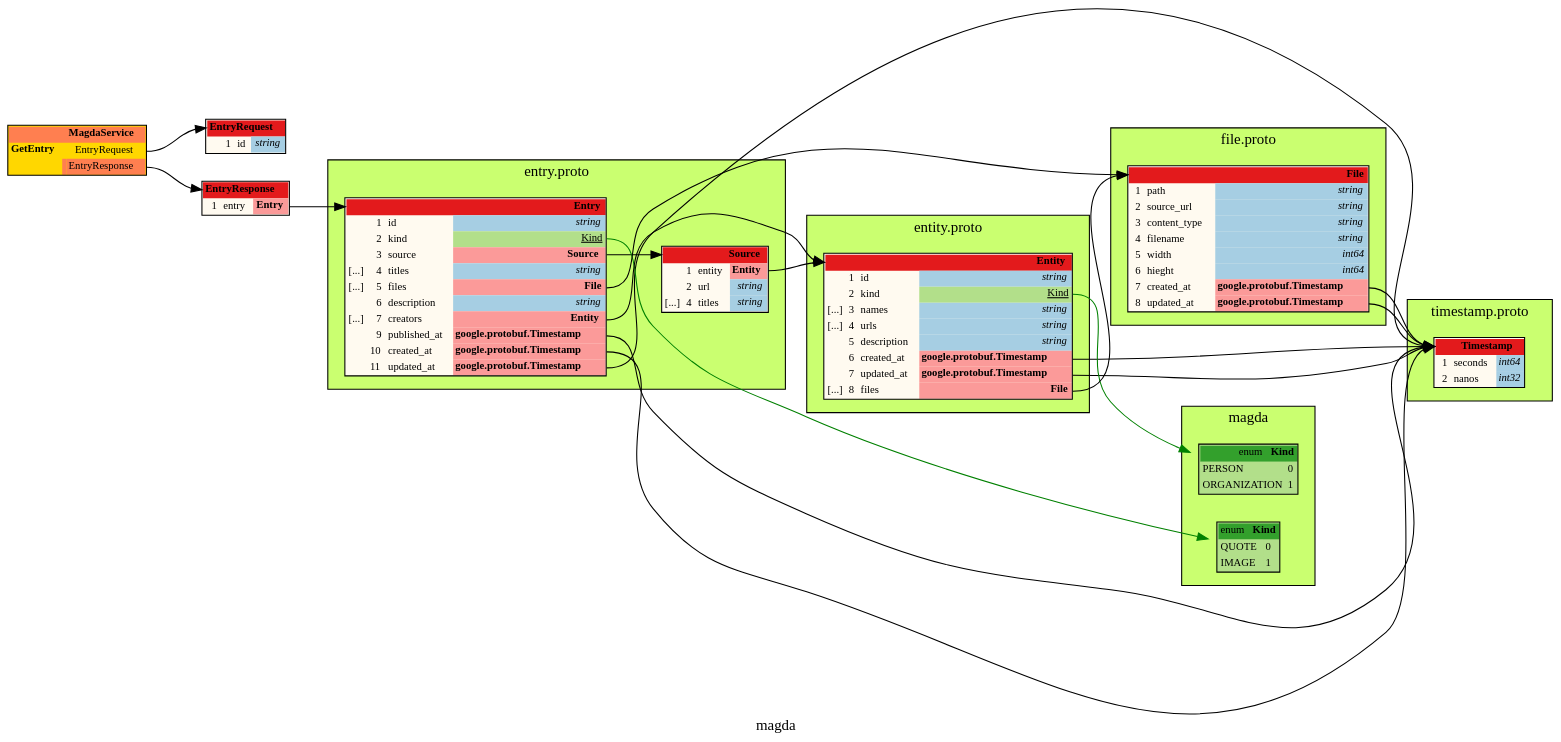
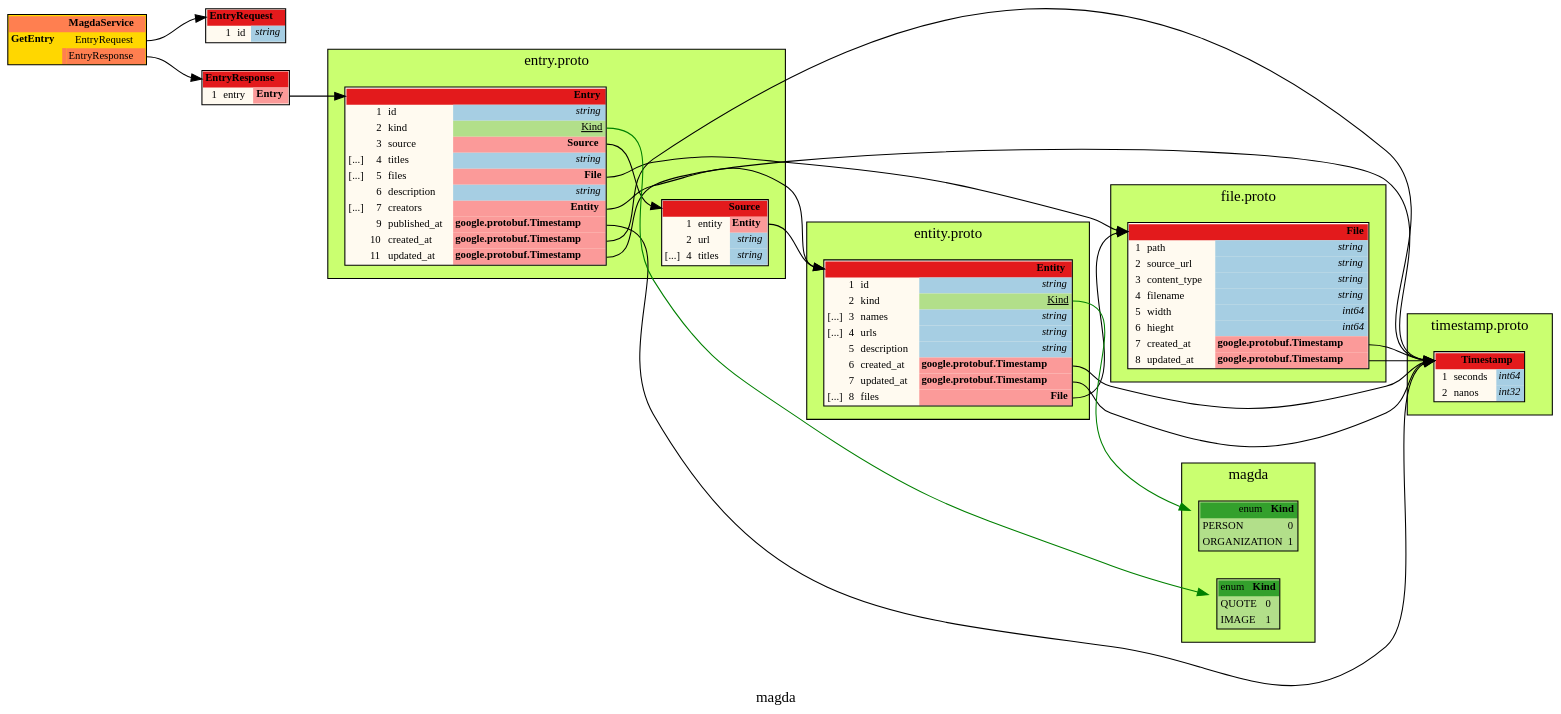
One commit to voidfiles/magda changed the diagram in output/magda.dot. Above: the diagram before and after it, drawn with Graphviz. The commit also changed 4 other files, not shown here.

```diff
--- a/output/magda.dot
+++ b/output/magda.dot
@@ -31,6 +31,21 @@
 		Node_Ja_105	[shape=plaintext tooltip="magda.Entry" label=<<TABLE BORDER="1" CELLBORDER="0" CELLSPACING="0" BGCOLOR="#fffaf0"><TR><TD COLSPAN="4" PORT="header" BGCOLOR="#e31a1c" ALIGN="right"><b>Entry</b></TD></TR><TR><TD ALIGN="right"></TD><TD ALIGN="right">1</TD><TD ALIGN="left">id</TD><TD BGCOLOR="#a6cee3" PORT="poid" ALIGN="right" TITLE="string"><i>string</i></TD></TR><TR><TD ALIGN="right"></TD><TD ALIGN="right">2</TD><TD ALIGN="left">kind</TD><TD BGCOLOR="#b2df8a" PORT="pokind" ALIGN="right"><u>Kind</u></TD></TR><TR><TD ALIGN="right"></TD><TD ALIGN="right">3</TD><TD ALIGN="left">source</TD><TD BGCOLOR="#fb9a99" PORT="posource" ALIGN="right"><b>Source</b></TD></TR><TR><TD ALIGN="right">[...]</TD><TD ALIGN="right">4</TD><TD ALIGN="left">titles</TD><TD BGCOLOR="#a6cee3" PORT="potitles" ALIGN="right" TITLE="string"><i>string</i></TD></TR><TR><TD ALIGN="right">[...]</TD><TD ALIGN="right">5</TD><TD ALIGN="left">files</TD><TD BGCOLOR="#fb9a99" PORT="pofiles" ALIGN="right"><b>File</b></TD></TR><TR><TD ALIGN="right"></TD><TD ALIGN="right">6</TD><TD ALIGN="left">description</TD><TD BGCOLOR="#a6cee3" PORT="podescription" ALIGN="right" TITLE="string"><i>string</i></TD></TR><TR><TD ALIGN="right">[...]</TD><TD ALIGN="right">7</TD><TD ALIGN="left">creators</TD><TD BGCOLOR="#fb9a99" PORT="pocreators" ALIGN="right"><b>Entity</b></TD></TR><TR><TD ALIGN="right"></TD><TD ALIGN="right">9</TD><TD ALIGN="left">published_at</TD><TD BGCOLOR="#fb9a99" PORT="popublished_at" ALIGN="right"><b>google.protobuf.Timestamp</b></TD></TR><TR><TD ALIGN="right"></TD><TD ALIGN="right">10</TD><TD ALIGN="left">created_at</TD><TD BGCOLOR="#fb9a99" PORT="pocreated_at" ALIGN="right"><b>google.protobuf.Timestamp</b></TD></TR><TR><TD ALIGN="right"></TD><TD ALIGN="right">11</TD><TD ALIGN="left">updated_at</TD><TD BGCOLOR="#fb9a99" PORT="poupdated_at" ALIGN="right"><b>google.protobuf.Timestamp</b></TD></TR></TABLE>>];
 	}
 
+	subgraph cluster_8b180d234311 {
+		label = "file.proto"
+		tooltip = "file.proto"
+		style = filled;
+		fillcolor = "#caff70";
+		
+		Node_Ja_101	[shape=plaintext tooltip="magda.File" label=<<TABLE BORDER="1" CELLBORDER="0" CELLSPACING="0" BGCOLOR="#fffaf0"><TR><TD COLSPAN="4" PORT="header" BGCOLOR="#e31a1c" ALIGN="right"><b>File</b></TD></TR><TR><TD ALIGN="right"></TD><TD ALIGN="right">1</TD><TD ALIGN="left">path</TD><TD BGCOLOR="#a6cee3" PORT="popath" ALIGN="right" TITLE="string"><i>string</i></TD></TR><TR><TD ALIGN="right"></TD><TD ALIGN="right">2</TD><TD ALIGN="left">source_url</TD><TD BGCOLOR="#a6cee3" PORT="posource_url" ALIGN="right" TITLE="string"><i>string</i></TD></TR><TR><TD ALIGN="right"></TD><TD ALIGN="right">3</TD><TD ALIGN="left">content_type</TD><TD BGCOLOR="#a6cee3" PORT="pocontent_type" ALIGN="right" TITLE="string"><i>string</i></TD></TR><TR><TD ALIGN="right"></TD><TD ALIGN="right">4</TD><TD ALIGN="left">filename</TD><TD BGCOLOR="#a6cee3" PORT="pofilename" ALIGN="right" TITLE="string"><i>string</i></TD></TR><TR><TD ALIGN="right"></TD><TD ALIGN="right">5</TD><TD ALIGN="left">width</TD><TD BGCOLOR="#a6cee3" PORT="powidth" ALIGN="right" TITLE="int64"><i>int64</i></TD></TR><TR><TD ALIGN="right"></TD><TD ALIGN="right">6</TD><TD ALIGN="left">hieght</TD><TD BGCOLOR="#a6cee3" PORT="pohieght" ALIGN="right" TITLE="int64"><i>int64</i></TD></TR><TR><TD ALIGN="right"></TD><TD ALIGN="right">7</TD><TD ALIGN="left">created_at</TD><TD BGCOLOR="#fb9a99" PORT="pocreated_at" ALIGN="right"><b>google.protobuf.Timestamp</b></TD></TR><TR><TD ALIGN="right"></TD><TD ALIGN="right">8</TD><TD ALIGN="left">updated_at</TD><TD BGCOLOR="#fb9a99" PORT="poupdated_at" ALIGN="right"><b>google.protobuf.Timestamp</b></TD></TR></TABLE>>];
+	}
+
+
+	/* ------ leaving the root package unwrapped ------ */
+	Node_Ja_110	[shape=plaintext tooltip="magda.EntryResponse" label=<<TABLE BORDER="1" CELLBORDER="0" CELLSPACING="0" BGCOLOR="#fffaf0"><TR><TD COLSPAN="4" PORT="header" BGCOLOR="#e31a1c" ALIGN="right"><b>EntryResponse</b></TD></TR><TR><TD ALIGN="right"></TD><TD ALIGN="right">1</TD><TD ALIGN="left">entry</TD><TD BGCOLOR="#fb9a99" PORT="poentry" ALIGN="right"><b>Entry</b></TD></TR></TABLE>>];
+	
+	Node_Ja_107	[shape=plaintext tooltip="MagdaService" label=<<TABLE BORDER="1" CELLBORDER="0" CELLSPACING="0" BGCOLOR="#ffd700"><TR><TD COLSPAN="3" PORT="header" BGCOLOR="#ff7f50" ALIGN="right"><b>MagdaService</b></TD></TR><TR><TD ALIGN="left"><b>GetEntry</b></TD><TD></TD><TD PORT="poGetEntry_request" ALIGN="right">EntryRequest</TD></TR><TR style="border-bottom: 1px solid red"><TD></TD><TD BGCOLOR="#ff7f50"></TD><TD PORT="poGetEntry_response" ALIGN="right" BGCOLOR="#ff7f50">EntryResponse</TD></TR></TABLE>>];
+	Node_Ja_109	[shape=plaintext tooltip="magda.EntryRequest" label=<<TABLE BORDER="1" CELLBORDER="0" CELLSPACING="0" BGCOLOR="#fffaf0"><TR><TD COLSPAN="4" PORT="header" BGCOLOR="#e31a1c" ALIGN="right"><b>EntryRequest</b></TD></TR><TR><TD ALIGN="right"></TD><TD ALIGN="right">1</TD><TD ALIGN="left">id</TD><TD BGCOLOR="#a6cee3" PORT="poid" ALIGN="right" TITLE="string"><i>string</i></TD></TR></TABLE>>];
 	subgraph cluster_5627932c6abb {
 		label = "timestamp.proto"
 		tooltip = "timestamp.proto"
@@ -38,6 +53,15 @@
 		fillcolor = "#caff70";
 		
 		Node_Ja_100	[shape=plaintext tooltip="google.protobuf.Timestamp" label=<<TABLE BORDER="1" CELLBORDER="0" CELLSPACING="0" BGCOLOR="#fffaf0"><TR><TD COLSPAN="4" PORT="header" BGCOLOR="#e31a1c" ALIGN="right"><b>Timestamp</b></TD></TR><TR><TD ALIGN="right"></TD><TD ALIGN="right">1</TD><TD ALIGN="left">seconds</TD><TD BGCOLOR="#a6cee3" PORT="poseconds" ALIGN="right" TITLE="int64"><i>int64</i></TD></TR><TR><TD ALIGN="right"></TD><TD ALIGN="right">2</TD><TD ALIGN="left">nanos</TD><TD BGCOLOR="#a6cee3" PORT="ponanos" ALIGN="right" TITLE="int32"><i>int32</i></TD></TR></TABLE>>];
+	}
+
+	subgraph cluster_f56b993e78fb {
+		label = "entity.proto"
+		tooltip = "entity.proto"
+		style = filled;
+		fillcolor = "#caff70";
+		
+		Node_Ja_102	[shape=plaintext tooltip="magda.Entity" label=<<TABLE BORDER="1" CELLBORDER="0" CELLSPACING="0" BGCOLOR="#fffaf0"><TR><TD COLSPAN="4" PORT="header" BGCOLOR="#e31a1c" ALIGN="right"><b>Entity</b></TD></TR><TR><TD ALIGN="right"></TD><TD ALIGN="right">1</TD><TD ALIGN="left">id</TD><TD BGCOLOR="#a6cee3" PORT="poid" ALIGN="right" TITLE="string"><i>string</i></TD></TR><TR><TD ALIGN="right"></TD><TD ALIGN="right">2</TD><TD ALIGN="left">kind</TD><TD BGCOLOR="#b2df8a" PORT="pokind" ALIGN="right"><u>Kind</u></TD></TR><TR><TD ALIGN="right">[...]</TD><TD ALIGN="right">3</TD><TD ALIGN="left">names</TD><TD BGCOLOR="#a6cee3" PORT="ponames" ALIGN="right" TITLE="string"><i>string</i></TD></TR><TR><TD ALIGN="right">[...]</TD><TD ALIGN="right">4</TD><TD ALIGN="left">urls</TD><TD BGCOLOR="#a6cee3" PORT="pourls" ALIGN="right" TITLE="string"><i>string</i></TD></TR><TR><TD ALIGN="right"></TD><TD ALIGN="right">5</TD><TD ALIGN="left">description</TD><TD BGCOLOR="#a6cee3" PORT="podescription" ALIGN="right" TITLE="string"><i>string</i></TD></TR><TR><TD ALIGN="right"></TD><TD ALIGN="right">6</TD><TD ALIGN="left">created_at</TD><TD BGCOLOR="#fb9a99" PORT="pocreated_at" ALIGN="right"><b>google.protobuf.Timestamp</b></TD></TR><TR><TD ALIGN="right"></TD><TD ALIGN="right">7</TD><TD ALIGN="left">updated_at</TD><TD BGCOLOR="#fb9a99" PORT="poupdated_at" ALIGN="right"><b>google.protobuf.Timestamp</b></TD></TR><TR><TD ALIGN="right">[...]</TD><TD ALIGN="right">8</TD><TD ALIGN="left">files</TD><TD BGCOLOR="#fb9a99" PORT="pofiles" ALIGN="right"><b>File</b></TD></TR></TABLE>>];
 	}
 
 	subgraph cluster_9d1e3c2635ff {
@@ -51,48 +75,24 @@
 	}
 
 
-	/* ------ leaving the root package unwrapped ------ */
-	Node_Ja_110	[shape=plaintext tooltip="magda.EntryResponse" label=<<TABLE BORDER="1" CELLBORDER="0" CELLSPACING="0" BGCOLOR="#fffaf0"><TR><TD COLSPAN="4" PORT="header" BGCOLOR="#e31a1c" ALIGN="right"><b>EntryResponse</b></TD></TR><TR><TD ALIGN="right"></TD><TD ALIGN="right">1</TD><TD ALIGN="left">entry</TD><TD BGCOLOR="#fb9a99" PORT="poentry" ALIGN="right"><b>Entry</b></TD></TR></TABLE>>];
-	
-	Node_Ja_109	[shape=plaintext tooltip="magda.EntryRequest" label=<<TABLE BORDER="1" CELLBORDER="0" CELLSPACING="0" BGCOLOR="#fffaf0"><TR><TD COLSPAN="4" PORT="header" BGCOLOR="#e31a1c" ALIGN="right"><b>EntryRequest</b></TD></TR><TR><TD ALIGN="right"></TD><TD ALIGN="right">1</TD><TD ALIGN="left">id</TD><TD BGCOLOR="#a6cee3" PORT="poid" ALIGN="right" TITLE="string"><i>string</i></TD></TR></TABLE>>];
-	Node_Ja_107	[shape=plaintext tooltip="MagdaService" label=<<TABLE BORDER="1" CELLBORDER="0" CELLSPACING="0" BGCOLOR="#ffd700"><TR><TD COLSPAN="3" PORT="header" BGCOLOR="#ff7f50" ALIGN="right"><b>MagdaService</b></TD></TR><TR><TD ALIGN="left"><b>GetEntry</b></TD><TD></TD><TD PORT="poGetEntry_request" ALIGN="right">EntryRequest</TD></TR><TR style="border-bottom: 1px solid red"><TD></TD><TD BGCOLOR="#ff7f50"></TD><TD PORT="poGetEntry_response" ALIGN="right" BGCOLOR="#ff7f50">EntryResponse</TD></TR></TABLE>>];
-	subgraph cluster_8b180d234311 {
-		label = "file.proto"
-		tooltip = "file.proto"
-		style = filled;
-		fillcolor = "#caff70";
-		
-		Node_Ja_101	[shape=plaintext tooltip="magda.File" label=<<TABLE BORDER="1" CELLBORDER="0" CELLSPACING="0" BGCOLOR="#fffaf0"><TR><TD COLSPAN="4" PORT="header" BGCOLOR="#e31a1c" ALIGN="right"><b>File</b></TD></TR><TR><TD ALIGN="right"></TD><TD ALIGN="right">1</TD><TD ALIGN="left">path</TD><TD BGCOLOR="#a6cee3" PORT="popath" ALIGN="right" TITLE="string"><i>string</i></TD></TR><TR><TD ALIGN="right"></TD><TD ALIGN="right">2</TD><TD ALIGN="left">source_url</TD><TD BGCOLOR="#a6cee3" PORT="posource_url" ALIGN="right" TITLE="string"><i>string</i></TD></TR><TR><TD ALIGN="right"></TD><TD ALIGN="right">3</TD><TD ALIGN="left">content_type</TD><TD BGCOLOR="#a6cee3" PORT="pocontent_type" ALIGN="right" TITLE="string"><i>string</i></TD></TR><TR><TD ALIGN="right"></TD><TD ALIGN="right">4</TD><TD ALIGN="left">filename</TD><TD BGCOLOR="#a6cee3" PORT="pofilename" ALIGN="right" TITLE="string"><i>string</i></TD></TR><TR><TD ALIGN="right"></TD><TD ALIGN="right">5</TD><TD ALIGN="left">width</TD><TD BGCOLOR="#a6cee3" PORT="powidth" ALIGN="right" TITLE="int64"><i>int64</i></TD></TR><TR><TD ALIGN="right"></TD><TD ALIGN="right">6</TD><TD ALIGN="left">hieght</TD><TD BGCOLOR="#a6cee3" PORT="pohieght" ALIGN="right" TITLE="int64"><i>int64</i></TD></TR><TR><TD ALIGN="right"></TD><TD ALIGN="right">7</TD><TD ALIGN="left">created_at</TD><TD BGCOLOR="#fb9a99" PORT="pocreated_at" ALIGN="right"><b>google.protobuf.Timestamp</b></TD></TR><TR><TD ALIGN="right"></TD><TD ALIGN="right">8</TD><TD ALIGN="left">updated_at</TD><TD BGCOLOR="#fb9a99" PORT="poupdated_at" ALIGN="right"><b>google.protobuf.Timestamp</b></TD></TR></TABLE>>];
-	}
-
-	subgraph cluster_f56b993e78fb {
-		label = "entity.proto"
-		tooltip = "entity.proto"
-		style = filled;
-		fillcolor = "#caff70";
-		
-		Node_Ja_102	[shape=plaintext tooltip="magda.Entity" label=<<TABLE BORDER="1" CELLBORDER="0" CELLSPACING="0" BGCOLOR="#fffaf0"><TR><TD COLSPAN="4" PORT="header" BGCOLOR="#e31a1c" ALIGN="right"><b>Entity</b></TD></TR><TR><TD ALIGN="right"></TD><TD ALIGN="right">1</TD><TD ALIGN="left">id</TD><TD BGCOLOR="#a6cee3" PORT="poid" ALIGN="right" TITLE="string"><i>string</i></TD></TR><TR><TD ALIGN="right"></TD><TD ALIGN="right">2</TD><TD ALIGN="left">kind</TD><TD BGCOLOR="#b2df8a" PORT="pokind" ALIGN="right"><u>Kind</u></TD></TR><TR><TD ALIGN="right">[...]</TD><TD ALIGN="right">3</TD><TD ALIGN="left">names</TD><TD BGCOLOR="#a6cee3" PORT="ponames" ALIGN="right" TITLE="string"><i>string</i></TD></TR><TR><TD ALIGN="right">[...]</TD><TD ALIGN="right">4</TD><TD ALIGN="left">urls</TD><TD BGCOLOR="#a6cee3" PORT="pourls" ALIGN="right" TITLE="string"><i>string</i></TD></TR><TR><TD ALIGN="right"></TD><TD ALIGN="right">5</TD><TD ALIGN="left">description</TD><TD BGCOLOR="#a6cee3" PORT="podescription" ALIGN="right" TITLE="string"><i>string</i></TD></TR><TR><TD ALIGN="right"></TD><TD ALIGN="right">6</TD><TD ALIGN="left">created_at</TD><TD BGCOLOR="#fb9a99" PORT="pocreated_at" ALIGN="right"><b>google.protobuf.Timestamp</b></TD></TR><TR><TD ALIGN="right"></TD><TD ALIGN="right">7</TD><TD ALIGN="left">updated_at</TD><TD BGCOLOR="#fb9a99" PORT="poupdated_at" ALIGN="right"><b>google.protobuf.Timestamp</b></TD></TR><TR><TD ALIGN="right">[...]</TD><TD ALIGN="right">8</TD><TD ALIGN="left">files</TD><TD BGCOLOR="#fb9a99" PORT="pofiles" ALIGN="right"><b>File</b></TD></TR></TABLE>>];
-	}
-
-
 	/* ------ connections ------ */
-	Node_Ja_105:posource:e	-> Node_Ja_104:header [color="#000000" tooltip="Ja_105 --> Ja_104"];
-	Node_Ja_105:popublished_at:e	-> Node_Ja_100:header [color="#000000" tooltip="Ja_105 --> Ja_100"];
+	Node_Ja_107:poGetEntry_response:e	-> Node_Ja_110:header [color="#000000" tooltip="Ja_107 --> Ja_110"];
 	Node_Ja_102:pokind:e	-> Node_Ja_103 [color="#008000" tooltip="Ja_102 --> Ja_103"];
 	Node_Ja_102:pofiles:e	-> Node_Ja_101:header [color="#000000" tooltip="Ja_102 --> Ja_101"];
 	Node_Ja_105:pocreators:e	-> Node_Ja_102:header [color="#000000" tooltip="Ja_105 --> Ja_102"];
-	Node_Ja_107:poGetEntry_response:e	-> Node_Ja_110:header [color="#000000" tooltip="Ja_107 --> Ja_110"];
+	Node_Ja_107:poGetEntry_request:e	-> Node_Ja_109:header [color="#000000" tooltip="Ja_107 --> Ja_109"];
+	Node_Ja_101:poupdated_at:e	-> Node_Ja_100:header [color="#000000" tooltip="Ja_101 --> Ja_100"];
+	Node_Ja_105:pofiles:e	-> Node_Ja_101:header [color="#000000" tooltip="Ja_105 --> Ja_101"];
+	Node_Ja_105:popublished_at:e	-> Node_Ja_100:header [color="#000000" tooltip="Ja_105 --> Ja_100"];
+	Node_Ja_105:poupdated_at:e	-> Node_Ja_100:header [color="#000000" tooltip="Ja_105 --> Ja_100"];
+	Node_Ja_110:poentry:e	-> Node_Ja_105:header [color="#000000" tooltip="Ja_110 --> Ja_105"];
+	Node_Ja_101:pocreated_at:e	-> Node_Ja_100:header [color="#000000" tooltip="Ja_101 --> Ja_100"];
+	Node_Ja_102:pocreated_at:e	-> Node_Ja_100:header [color="#000000" tooltip="Ja_102 --> Ja_100"];
+	Node_Ja_102:poupdated_at:e	-> Node_Ja_100:header [color="#000000" tooltip="Ja_102 --> Ja_100"];
+	Node_Ja_105:pokind:e	-> Node_Ja_106 [color="#008000" tooltip="Ja_105 --> Ja_106"];
+	Node_Ja_104:poentity:e	-> Node_Ja_102:header [color="#000000" tooltip="Ja_104 --> Ja_102"];
+	Node_Ja_105:posource:e	-> Node_Ja_104:header [color="#000000" tooltip="Ja_105 --> Ja_104"];
 	Node_Ja_105:pocreated_at:e	-> Node_Ja_100:header [color="#000000" tooltip="Ja_105 --> Ja_100"];
-	Node_Ja_105:poupdated_at:e	-> Node_Ja_100:header [color="#000000" tooltip="Ja_105 --> Ja_100"];
-	Node_Ja_107:poGetEntry_request:e	-> Node_Ja_109:header [color="#000000" tooltip="Ja_107 --> Ja_109"];
-	Node_Ja_110:poentry:e	-> Node_Ja_105:header [color="#000000" tooltip="Ja_110 --> Ja_105"];
-	Node_Ja_101:poupdated_at:e	-> Node_Ja_100:header [color="#000000" tooltip="Ja_101 --> Ja_100"];
-	Node_Ja_102:pocreated_at:e	-> Node_Ja_100:header [color="#000000" tooltip="Ja_102 --> Ja_100"];
-	Node_Ja_104:poentity:e	-> Node_Ja_102:header [color="#000000" tooltip="Ja_104 --> Ja_102"];
-	Node_Ja_105:pokind:e	-> Node_Ja_106 [color="#008000" tooltip="Ja_105 --> Ja_106"];
-	Node_Ja_105:pofiles:e	-> Node_Ja_101:header [color="#000000" tooltip="Ja_105 --> Ja_101"];
-	Node_Ja_101:pocreated_at:e	-> Node_Ja_100:header [color="#000000" tooltip="Ja_101 --> Ja_100"];
-	Node_Ja_102:poupdated_at:e	-> Node_Ja_100:header [color="#000000" tooltip="Ja_102 --> Ja_100"];
 
-	/* generated by github.com/seamia/protodot on Monday, 17-Feb-20 14:42:34 MST */
+	/* generated by github.com/seamia/protodot on Monday, 17-Feb-20 14:43:25 MST */
 }
```
